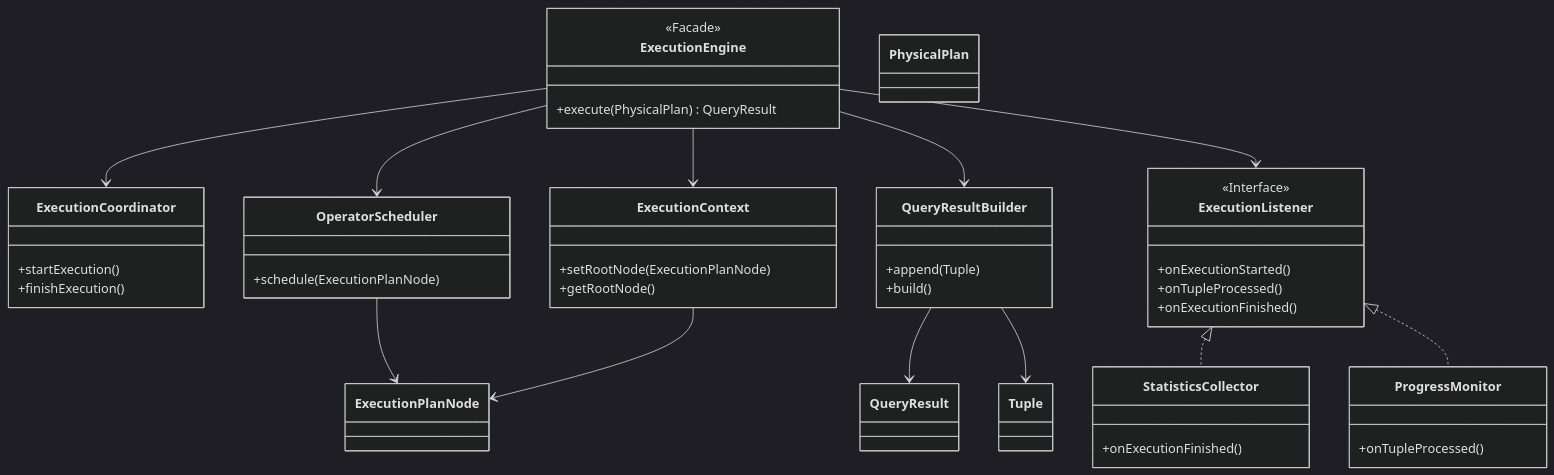
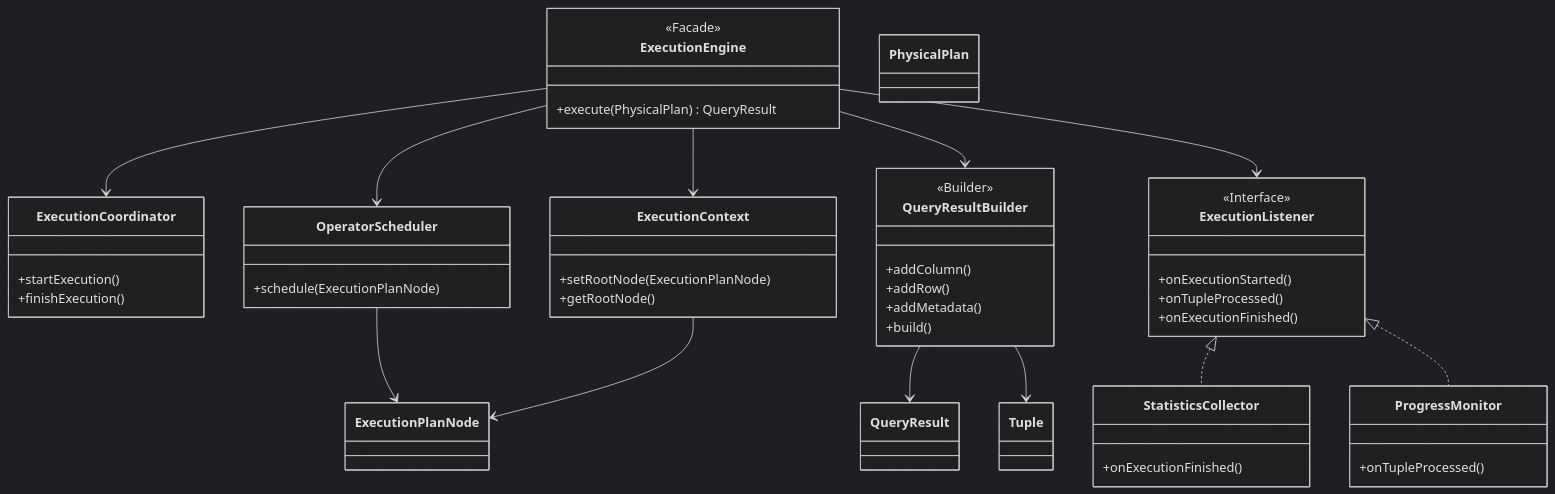
One commit to Dikhang1112/Database_Management_BBV changed the diagram in docs/class_diagram/execution_engine/detail/ExecutionEngine.md. Above: the diagram before and after it, drawn with Mermaid (dark theme).

Commit message:
Refactor class diagram mermaid for ExectionEngine

````diff
--- a/docs/class_diagram/execution_engine/detail/ExecutionEngine.md
+++ b/docs/class_diagram/execution_engine/detail/ExecutionEngine.md
@@ -1,79 +1,88 @@
 ```mermaid
 classDiagram
-direction TD
+    direction TD
 
 %% =====================================================
 %% EXECUTION ENGINE
 %% =====================================================
 
-class ExecutionEngine{
-    <<Facade>>
-    +execute(PhysicalPlan) QueryResult
-}
+    class ExecutionEngine{
+        <<Facade>>
+        +execute(PhysicalPlan) QueryResult
+    }
 
-class ExecutionCoordinator{
-    +startExecution()
-    +finishExecution()
-}
+    class ExecutionCoordinator{
+        +startExecution()
+        +finishExecution()
+    }
 
-class OperatorScheduler{
-    +schedule(ExecutionPlanNode)
-}
+    class OperatorScheduler{
+        +schedule(ExecutionPlanNode)
+    }
 
-class ExecutionContext{
-    +setRootNode(ExecutionPlanNode)
-    +getRootNode()
-}
+    class ExecutionContext{
+        +setRootNode(ExecutionPlanNode)
+        +getRootNode()
+    }
 
-class QueryResultBuilder{
-    +append(Tuple)
-    +build()
-}
+%% =====================================================
+%% BUILDER
+%% =====================================================
+
+    class QueryResultBuilder{
+        <<Builder>>
+        +addColumn()
+        +addRow()
+        +addMetadata()
+        +build()
+    }
+
+    class QueryResult
 
 %% =====================================================
 %% OBSERVER
 %% =====================================================
 
-class ExecutionListener{
-    <<Interface>>
-    +onExecutionStarted()
-    +onTupleProcessed()
-    +onExecutionFinished()
-}
+    class ExecutionListener{
+        <<Interface>>
+        +onExecutionStarted()
+        +onTupleProcessed()
+        +onExecutionFinished()
+    }
 
-class StatisticsCollector{
-    +onExecutionFinished()
-}
+    class StatisticsCollector{
+        +onExecutionFinished()
+    }
 
-class ProgressMonitor{
-    +onTupleProcessed()
-}
+    class ProgressMonitor{
+        +onTupleProcessed()
+    }
 
 %% =====================================================
 %% SHARED
 %% =====================================================
 
-class PhysicalPlan
-class QueryResult
-class ExecutionPlanNode
-class Tuple
+    class PhysicalPlan
+    class ExecutionPlanNode
+    class Tuple
 
 %% =====================================================
 %% RELATIONSHIPS
 %% =====================================================
 
-ExecutionEngine --> ExecutionCoordinator
-ExecutionEngine --> OperatorScheduler
-ExecutionEngine --> ExecutionContext
-ExecutionEngine --> QueryResultBuilder
+    ExecutionEngine --> ExecutionCoordinator
+    ExecutionEngine --> OperatorScheduler
+    ExecutionEngine --> ExecutionContext
+    ExecutionEngine --> QueryResultBuilder
 
-ExecutionEngine --> ExecutionListener
+    QueryResultBuilder --> QueryResult
+    QueryResultBuilder --> Tuple
 
-ExecutionListener <|.. StatisticsCollector
-ExecutionListener <|.. ProgressMonitor
+    ExecutionEngine --> ExecutionListener
 
-OperatorScheduler --> ExecutionPlanNode
-ExecutionContext --> ExecutionPlanNode
-QueryResultBuilder --> QueryResult
-QueryResultBuilder --> Tuple
+    ExecutionListener <|.. StatisticsCollector
+    ExecutionListener <|.. ProgressMonitor
+
+    OperatorScheduler --> ExecutionPlanNode
+    ExecutionContext --> ExecutionPlanNode
 ```
````
